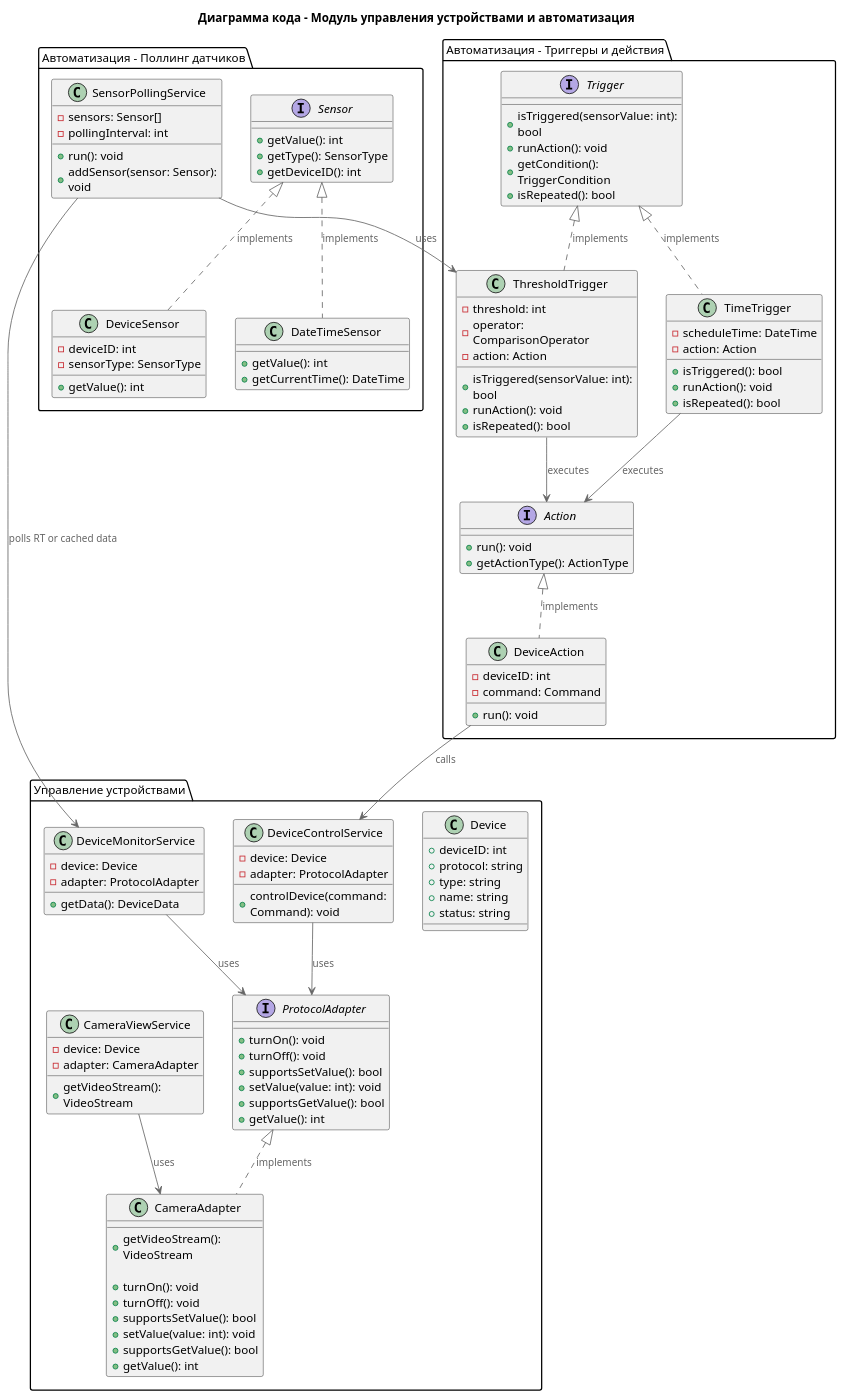
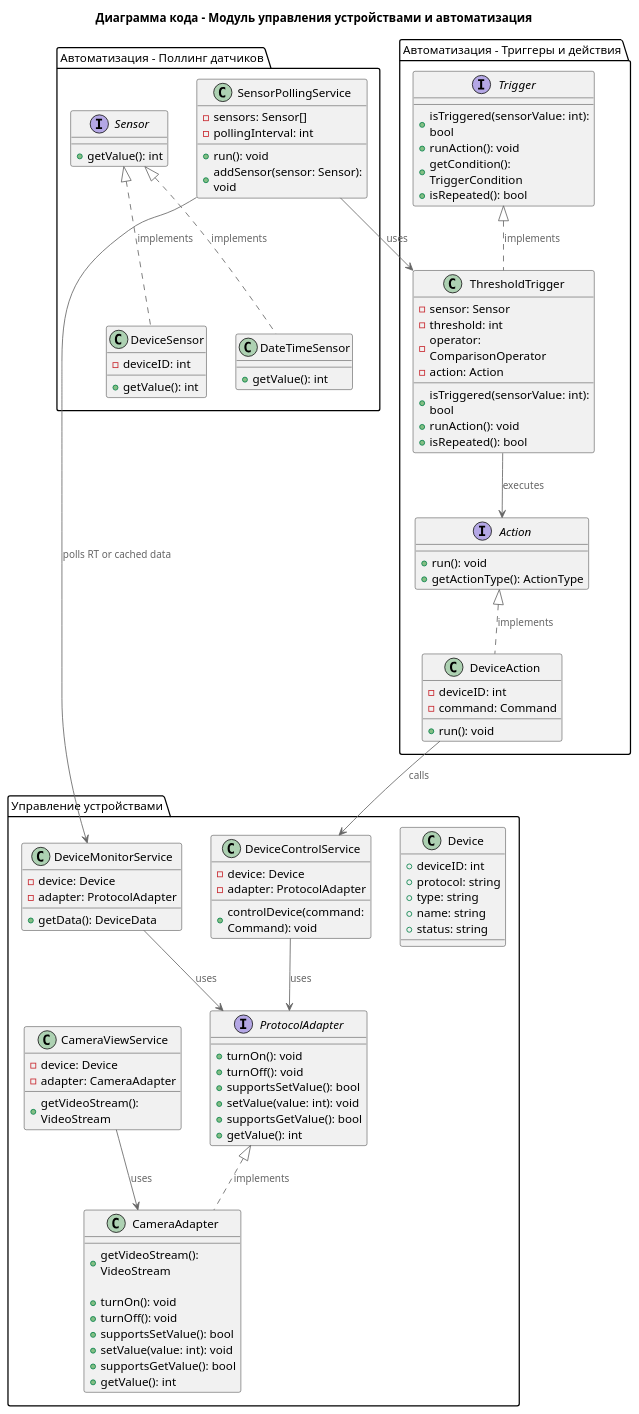
One commit to adilyas/architecture-warmhouse changed the diagram in architecture/code-diagram.puml. Above: the diagram before and after it, drawn with PlantUML. The commit also changed 5 other files, not shown here.

```diff
--- a/architecture/code-diagram.puml
+++ b/architecture/code-diagram.puml
@@ -1,136 +1,122 @@
 @startuml C4_Code
 !include https://raw.githubusercontent.com/plantuml-stdlib/C4-PlantUML/master/C4_Component.puml
 
 title Диаграмма кода - Модуль управления устройствами и автоматизация
 
 package "Управление устройствами" {
     interface ProtocolAdapter {
         +turnOn(): void
         +turnOff(): void
         +supportsSetValue(): bool
         +setValue(value: int): void
         +supportsGetValue(): bool
         +getValue(): int
     }
 
     class CameraAdapter {
         +getVideoStream(): VideoStream
 
         +turnOn(): void
         +turnOff(): void
         +supportsSetValue(): bool
         +setValue(value: int): void
         +supportsGetValue(): bool
         +getValue(): int
     }
 
     class Device {
         +deviceID: int
         +protocol: string
         +type: string
         +name: string
         +status: string
     }
 
     class DeviceControlService {
         -device: Device
         -adapter: ProtocolAdapter
         +controlDevice(command: Command): void
     }
 
     class DeviceMonitorService {
         -device: Device
         -adapter: ProtocolAdapter
         +getData(): DeviceData
     }
 
     class CameraViewService {
         -device: Device
         -adapter: CameraAdapter
         +getVideoStream(): VideoStream
     }
 }
 
 package "Автоматизация - Поллинг датчиков" {
     class SensorPollingService {
         -sensors: Sensor[]
         -pollingInterval: int
         +run(): void
         +addSensor(sensor: Sensor): void
     }
 
     interface Sensor {
         +getValue(): int
-        +getType(): SensorType
-        +getDeviceID(): int
     }
 
     class DeviceSensor {
         -deviceID: int
-        -sensorType: SensorType
         +getValue(): int
     }
 
     class DateTimeSensor {
         +getValue(): int
-        +getCurrentTime(): DateTime
     }
 }
 
 package "Автоматизация - Триггеры и действия" {
     interface Trigger {
         +isTriggered(sensorValue: int): bool
         +runAction(): void
         +getCondition(): TriggerCondition
         +isRepeated(): bool
     }
 
     class ThresholdTrigger {
+        -sensor: Sensor
         -threshold: int
         -operator: ComparisonOperator
         -action: Action
         +isTriggered(sensorValue: int): bool
-        +runAction(): void
-        +isRepeated(): bool
-    }
-
-    class TimeTrigger {
-        -scheduleTime: DateTime
-        -action: Action
-        +isTriggered(): bool
         +runAction(): void
         +isRepeated(): bool
     }
 
     interface Action {
         +run(): void
         +getActionType(): ActionType
     }
 
     class DeviceAction {
         -deviceID: int
         -command: Command
         +run(): void
     }
 }
 
 ProtocolAdapter <|.. CameraAdapter : implements
 DeviceControlService --> ProtocolAdapter : uses
 DeviceMonitorService --> ProtocolAdapter : uses
 CameraViewService --> CameraAdapter : uses
 
 SensorPollingService --> DeviceMonitorService : polls RT or cached data
 Sensor <|.. DeviceSensor : implements
 Sensor <|.. DateTimeSensor : implements
 
 Trigger <|.. ThresholdTrigger : implements
-Trigger <|.. TimeTrigger : implements
 Action <|.. DeviceAction : implements
 ThresholdTrigger --> Action : executes
-TimeTrigger --> Action : executes
 
-' Межпакетные связи
 DeviceAction --> DeviceControlService : calls
 SensorPollingService --> ThresholdTrigger : uses
 
 @enduml
```
